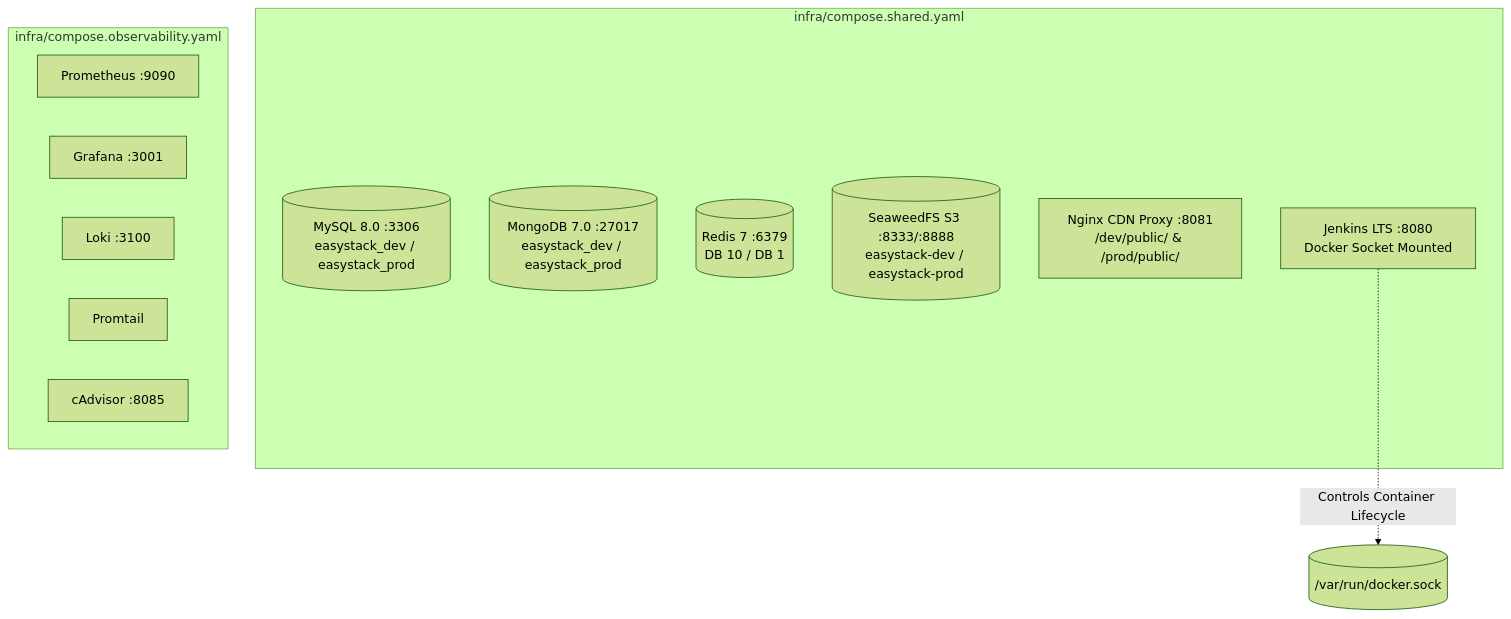
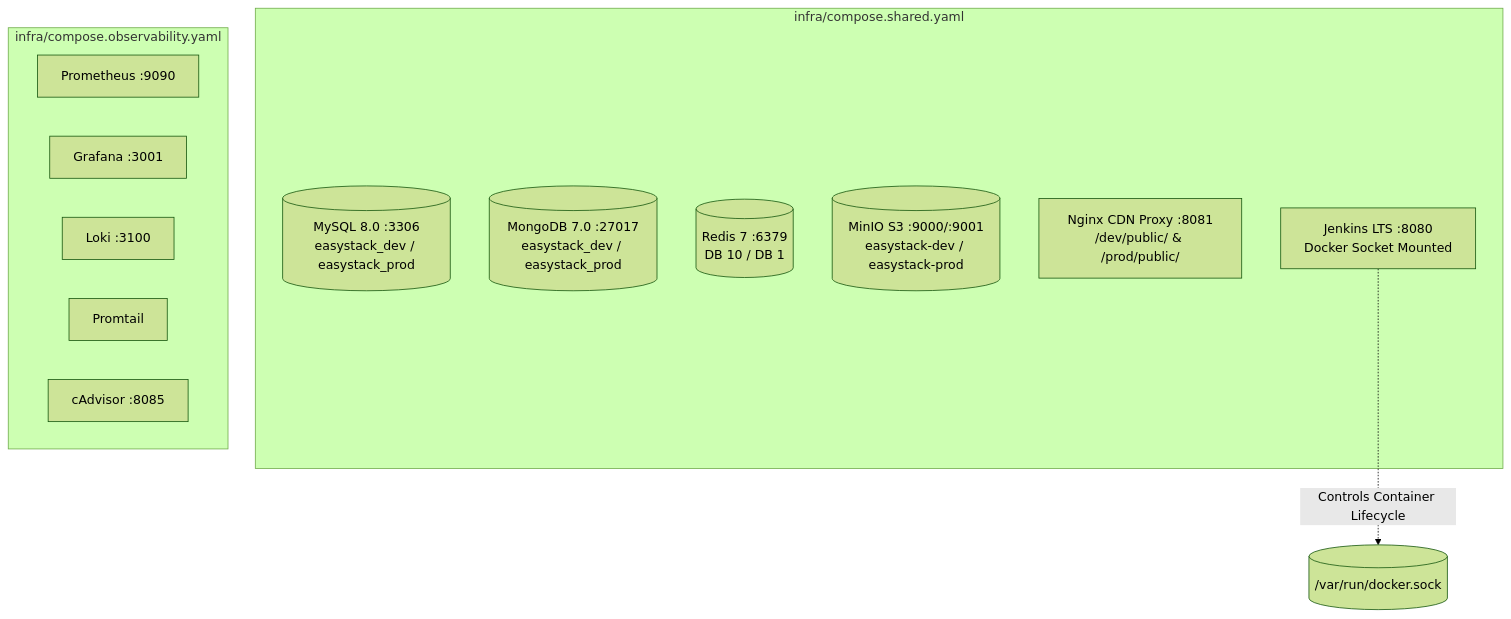
The diagram in documentation/development/infrastructure-and-docker.md (EromTeknas/easystack-backend), drawn with Mermaid (forest theme) before and after one commit. The commit also changed other lines of this file and 33 other files, not shown here.

````diff
--- a/documentation/development/infrastructure-and-docker.md
+++ b/documentation/development/infrastructure-and-docker.md
@@ -11,21 +11,21 @@
 ```mermaid
 graph TB
     subgraph Shared Common Infrastructure [infra/compose.shared.yaml]
         MySQL[(MySQL 8.0 :3306<br/>easystack_dev / easystack_prod)]
         Mongo[(MongoDB 7.0 :27017<br/>easystack_dev / easystack_prod)]
         Redis[(Redis 7 :6379<br/>DB 10 / DB 1)]
-        SeaweedFS[(SeaweedFS S3 :8333/:8888<br/>easystack-dev / easystack-prod)]
+        MinIO[(MinIO S3 :9000/:9001<br/>easystack-dev / easystack-prod)]
         CDN[Nginx CDN Proxy :8081<br/>/dev/public/ & /prod/public/]
         Jenkins[Jenkins LTS :8080<br/>Docker Socket Mounted]
     end
 
     subgraph Observability [infra/compose.observability.yaml]
         Prometheus[Prometheus :9090]
         Grafana[Grafana :3001]
         Loki[Loki :3100]
         Promtail[Promtail]
         cAdvisor[cAdvisor :8085]
     end
 
     Jenkins -.->|Controls Container Lifecycle| DockerSocket[(/var/run/docker.sock)]
 ```
````
